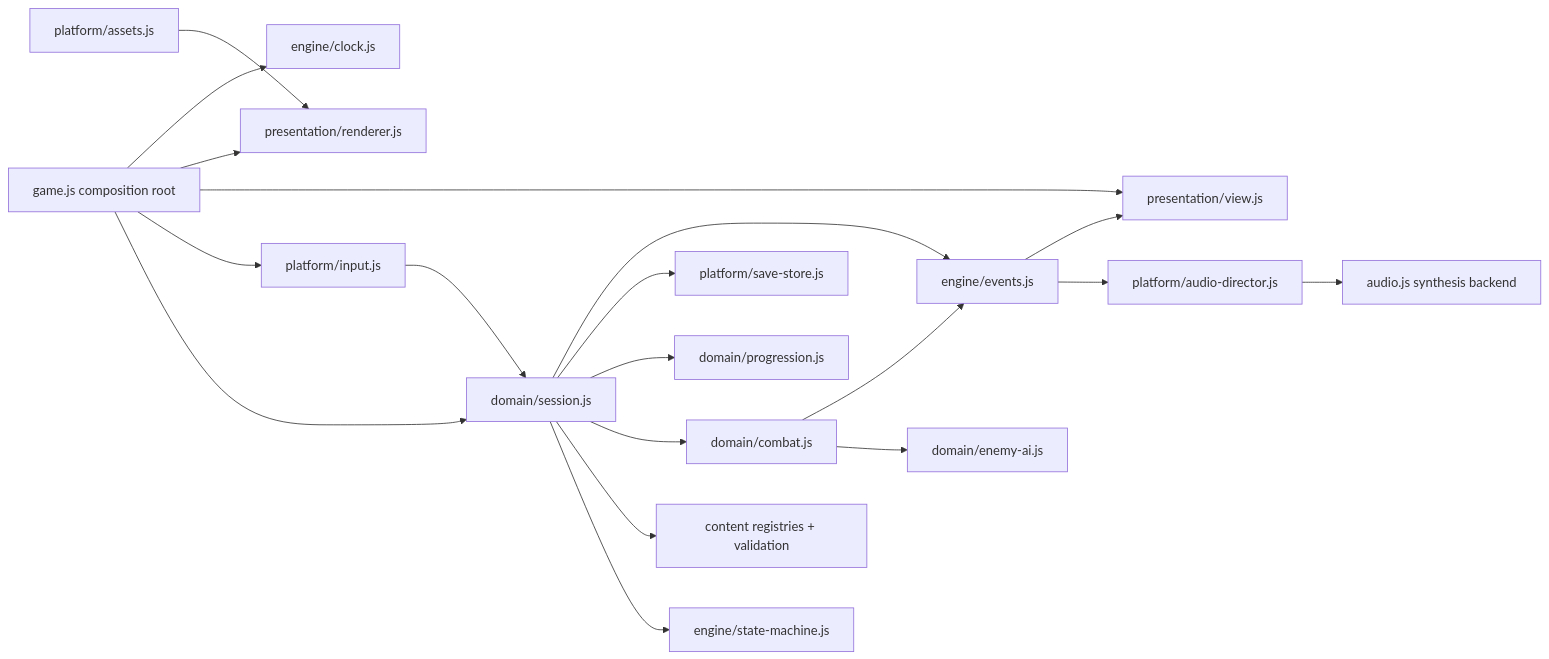
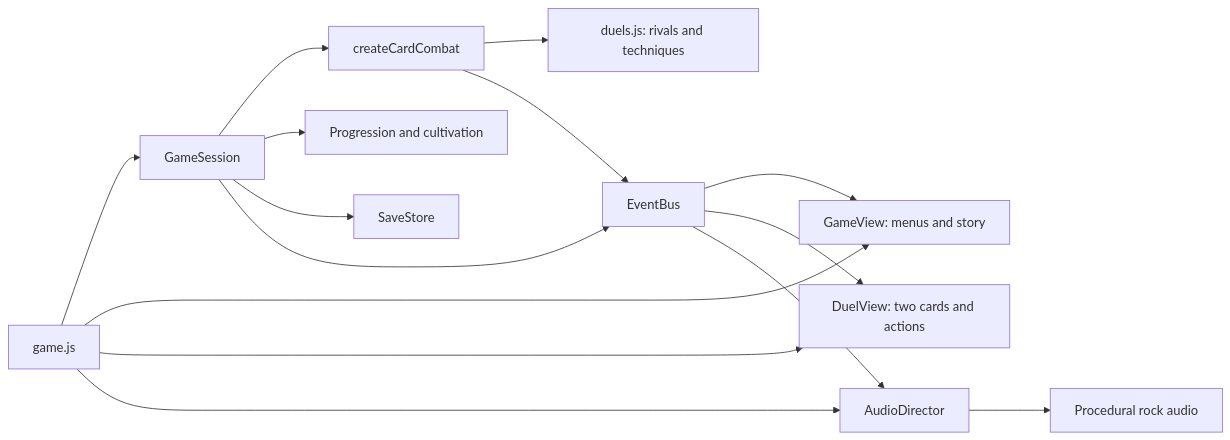
Before and after one commit to leejpjack-hue/wuxia-rpg-concepts: the diagram in prototype/jade-gate/docs/architecture.md, drawn with Mermaid. The commit also changed other lines of this file and 17 other files, not shown here.

First line of the commit message:
feat(jade-gate): redesign combat into turn-based card duels

````diff
--- a/prototype/jade-gate/docs/architecture.md
+++ b/prototype/jade-gate/docs/architecture.md
@@ -18,21 +9,17 @@
 ```mermaid
 flowchart LR
-  Boot[game.js composition root] --> Session[domain/session.js]
-  Boot --> Input[platform/input.js]
-  Boot --> View[presentation/view.js]
-  Boot --> Render[presentation/renderer.js]
-  Boot --> Clock[engine/clock.js]
-  Session --> State[engine/state-machine.js]
-  Session --> Data[content registries + validation]
-  Session --> Combat[domain/combat.js]
-  Combat --> AI[domain/enemy-ai.js]
-  Session --> Progress[domain/progression.js]
-  Session --> Save[platform/save-store.js]
-  Combat --> Bus[engine/events.js]
-  Session --> Bus
-  Bus --> Audio[platform/audio-director.js]
-  Audio --> Synth[audio.js synthesis backend]
+  Boot[game.js] --> Session[GameSession]
+  Boot --> View[GameView: menus and story]
+  Boot --> Duel[DuelView: two cards and actions]
+  Boot --> Audio[AudioDirector]
+  Session --> Combat[createCardCombat]
+  Combat --> Content[duels.js: rivals and techniques]
+  Session --> Progress[Progression and cultivation]
+  Session --> Saves[SaveStore]
+  Session --> Bus[EventBus]
+  Combat --> Bus
   Bus --> View
-  Input --> Session
-  Assets[platform/assets.js] --> Render
+  Bus --> Duel
+  Bus --> Audio
+  Audio --> Synth[Procedural rock audio]
 ```
````
